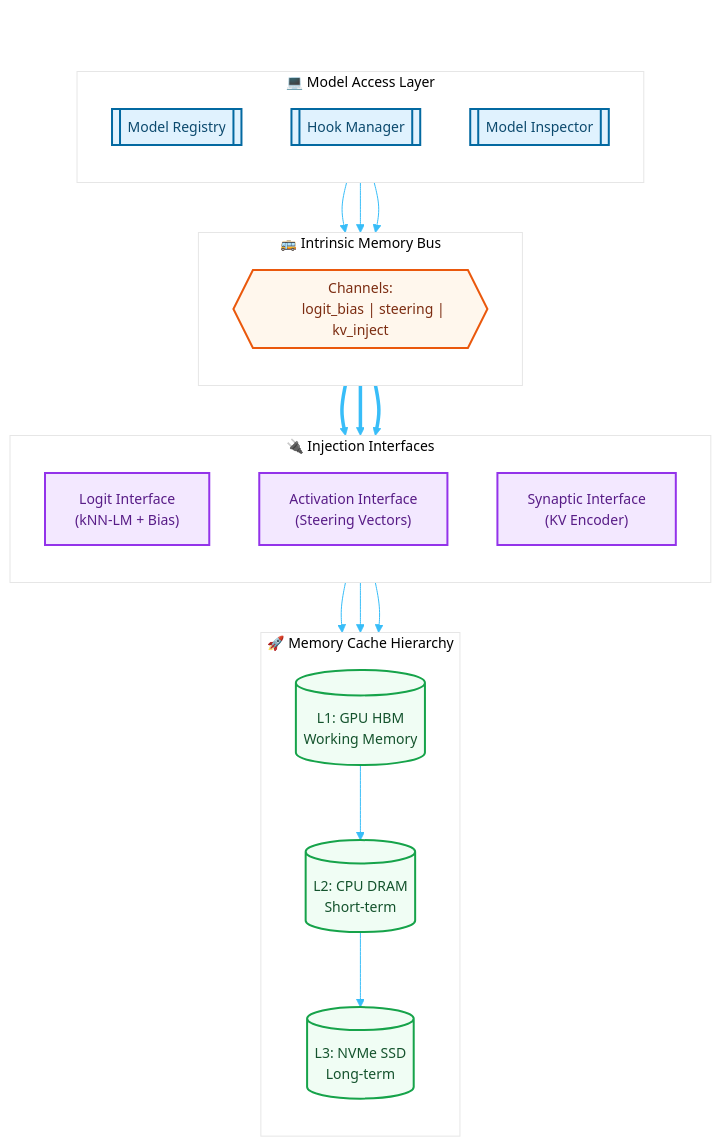
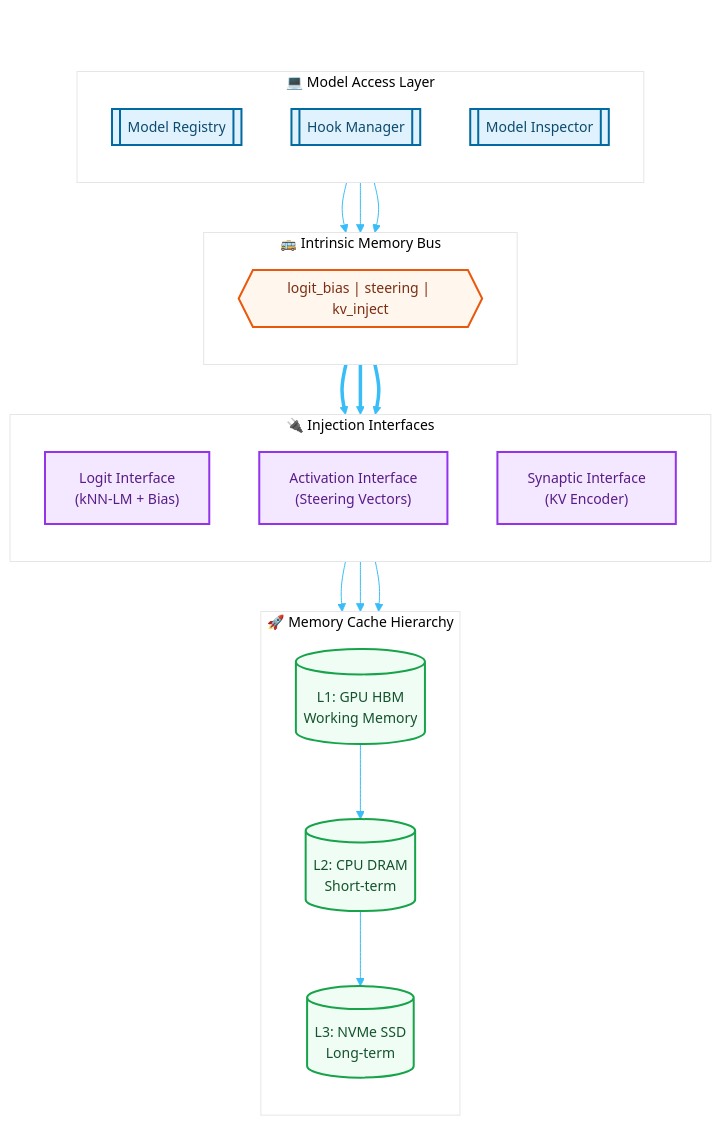
One commit to avinash-mall/CognitiveMemoryLayer changed diagram 11 of 11 in README.md. Above: the diagram before and after it, drawn with Mermaid. The commit also changed other lines of this file, not shown here.

```diff
--- a/README.md
+++ b/README.md
@@ -1219,6 +1229,7 @@
 %%{
   init: {
     'theme': 'base',
+    'flowchart': { 'useMaxWidth': true },
     'themeVariables': {
       'primaryColor': '#F0F9FF',
       'primaryTextColor': '#0369a1',
@@ -1251,8 +1262,7 @@
     %% 3. Bus
     subgraph Bus ["🚌 Intrinsic Memory Bus"]
         direction TB
-        Channels{{"Channels:
-        logit_bias | steering | kv_inject"}}:::bus
+        Channels{{"logit_bias | steering | kv_inject"}}:::bus
     end
 
     %% 4. Interfaces
```
